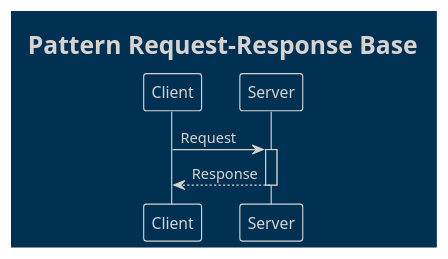
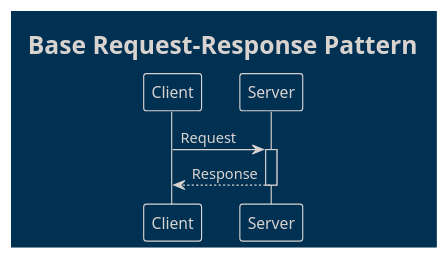
One commit to Seniorsimo/sas-template changed diagram 11 of 32 in 03-behavioral-diagrams/sequence-diagrams/README.md. Above: the diagram before and after it, drawn with PlantUML. The commit also changed other lines of this file and 49 other files, not shown here.

````diff
--- a/03-behavioral-diagrams/sequence-diagrams/README.md
+++ b/03-behavioral-diagrams/sequence-diagrams/README.md
@@ -130,14 +130,14 @@
 ```plantuml
 @startuml
 !theme blueprint
-title Pattern Request-Response Base
+title Base Request-Response Pattern
 
 participant "Client" as C
 participant "Server" as S
 
 C -> S: Request
 activate S
 S --> C: Response
 deactivate S
 @enduml
 ```
````
